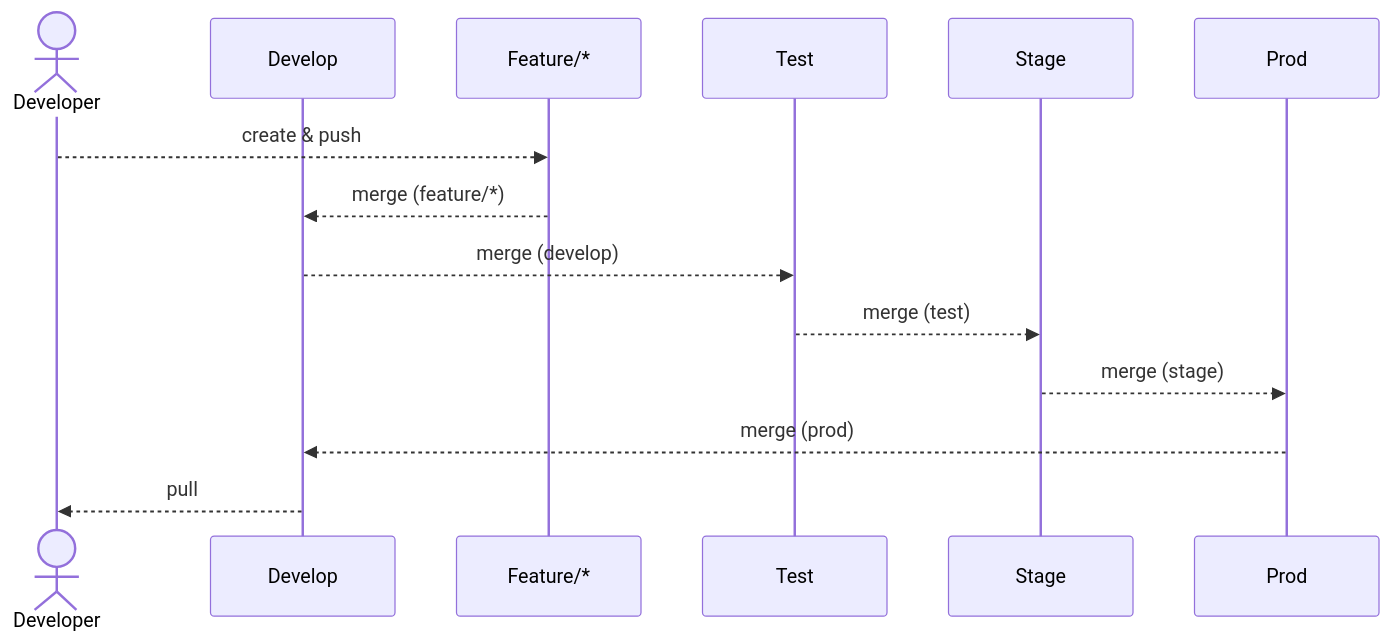
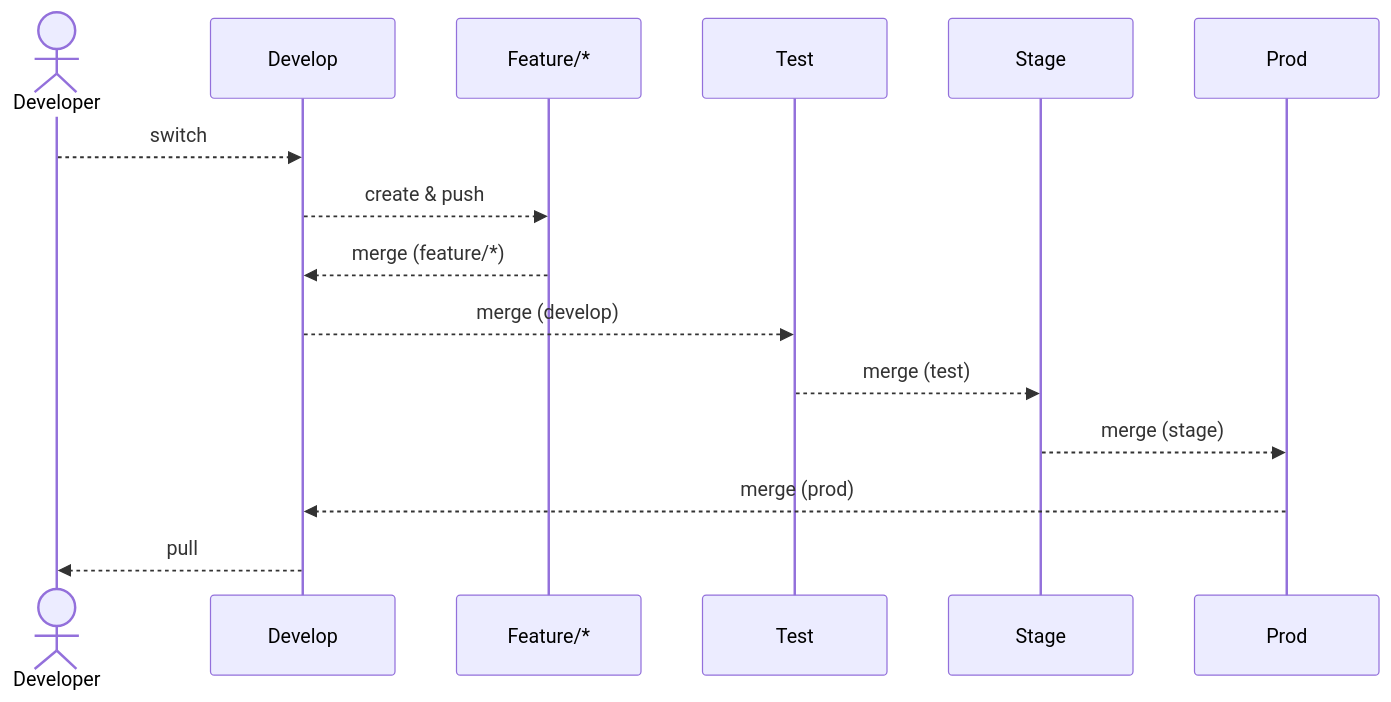
Before and after one commit to OfficialApurvChatur/POC02-ExpressSetup: the second of 3 diagrams in Readme.md, drawn with Mermaid. The commit also changed other lines of this file and 14 other files, not shown here.

````diff
--- a/Readme.md
+++ b/Readme.md
@@ -21,17 +21,18 @@
 ```mermaid
   sequenceDiagram
     actor Developer
     participant Develop
     participant Feature/*
     participant Test
     participant Stage
     participant Prod
     
-    Developer -->> Feature/* : create & push
+    Developer -->> Develop : switch
+    Develop -->> Feature/* : create & push
     Feature/* -->> Develop : merge (feature/*)
     Develop -->> Test : merge (develop)
     Test -->> Stage : merge (test)
     Stage -->> Prod : merge (stage)
     Prod -->> Develop : merge (prod) 
     Develop -->> Developer : pull    
 ```
````
